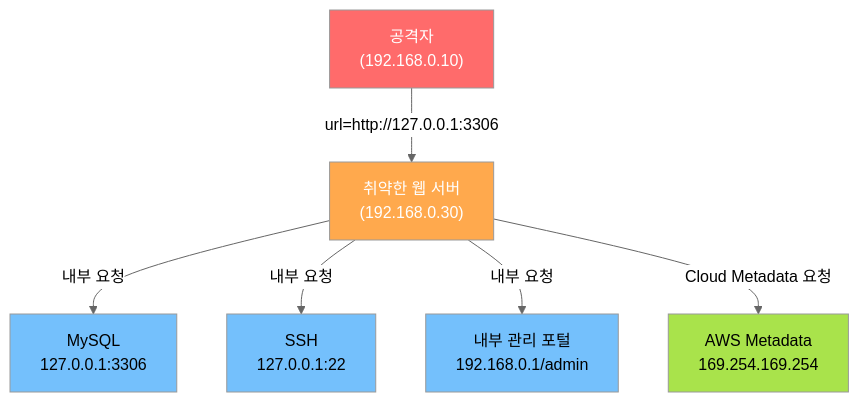
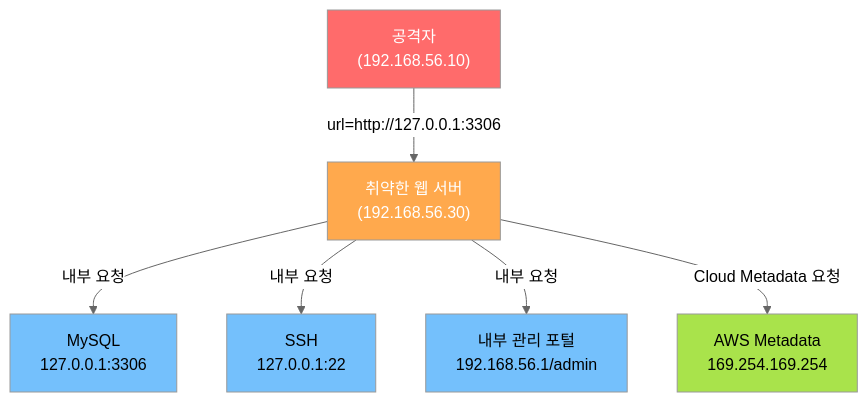
One commit to sbaek100/sbaek100.github.io changed the first of 2 diagrams in _posts/1.응용강의/websecurity/2026-06-01-websec-04-ssrf.md. Above: the diagram before and after it, drawn with Mermaid (neutral theme). The commit also changed other lines of this file and 518 other files, not shown here.

````diff
--- a/_posts/1.응용강의/websecurity/2026-06-01-websec-04-ssrf.md
+++ b/_posts/1.응용강의/websecurity/2026-06-01-websec-04-ssrf.md
@@ -113,15 +113,15 @@
 ```mermaid
 flowchart TD
-    A["공격자<br/>(192.168.0.10)"] -->|"url=http://127.0.0.1:3306"| B["취약한 웹 서버<br/>(192.168.0.30)"]
+    A["공격자<br/>(192.168.56.10)"] -->|"url=http://127.0.0.1:3306"| B["취약한 웹 서버<br/>(192.168.56.30)"]
     B -->|내부 요청| C["MySQL<br/>127.0.0.1:3306"]
     B -->|내부 요청| D["SSH<br/>127.0.0.1:22"]
-    B -->|내부 요청| E["내부 관리 포털<br/>192.168.0.1/admin"]
+    B -->|내부 요청| E["내부 관리 포털<br/>192.168.56.1/admin"]
     B -->|Cloud Metadata 요청| F["AWS Metadata<br/>169.254.169.254"]
 
     style A fill:#ff6b6b,color:#fff
     style B fill:#ffa94d,color:#fff
     style C fill:#74c0fc,color:#000
     style D fill:#74c0fc,color:#000
     style E fill:#74c0fc,color:#000
     style F fill:#a9e34b,color:#000
 ```
````
